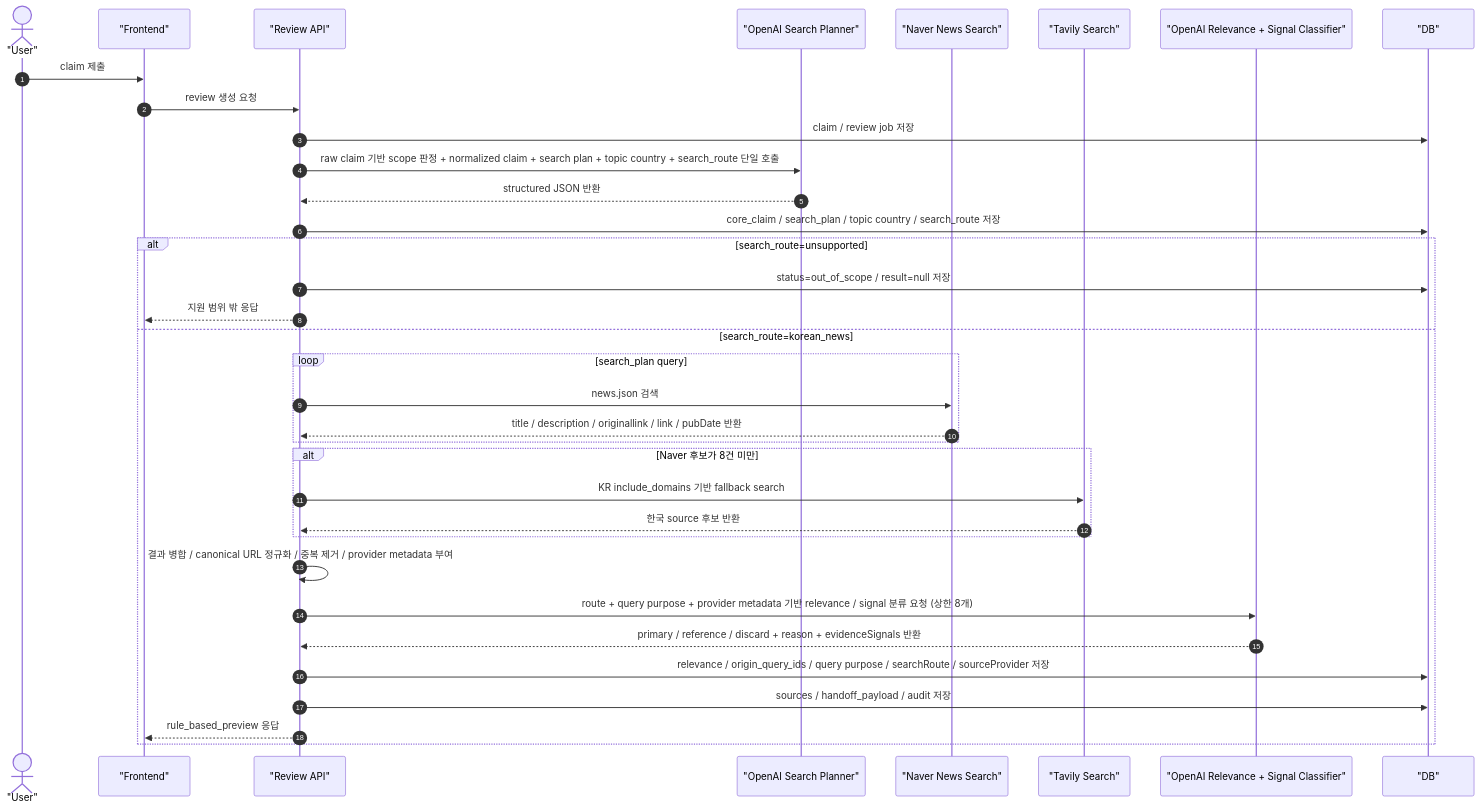
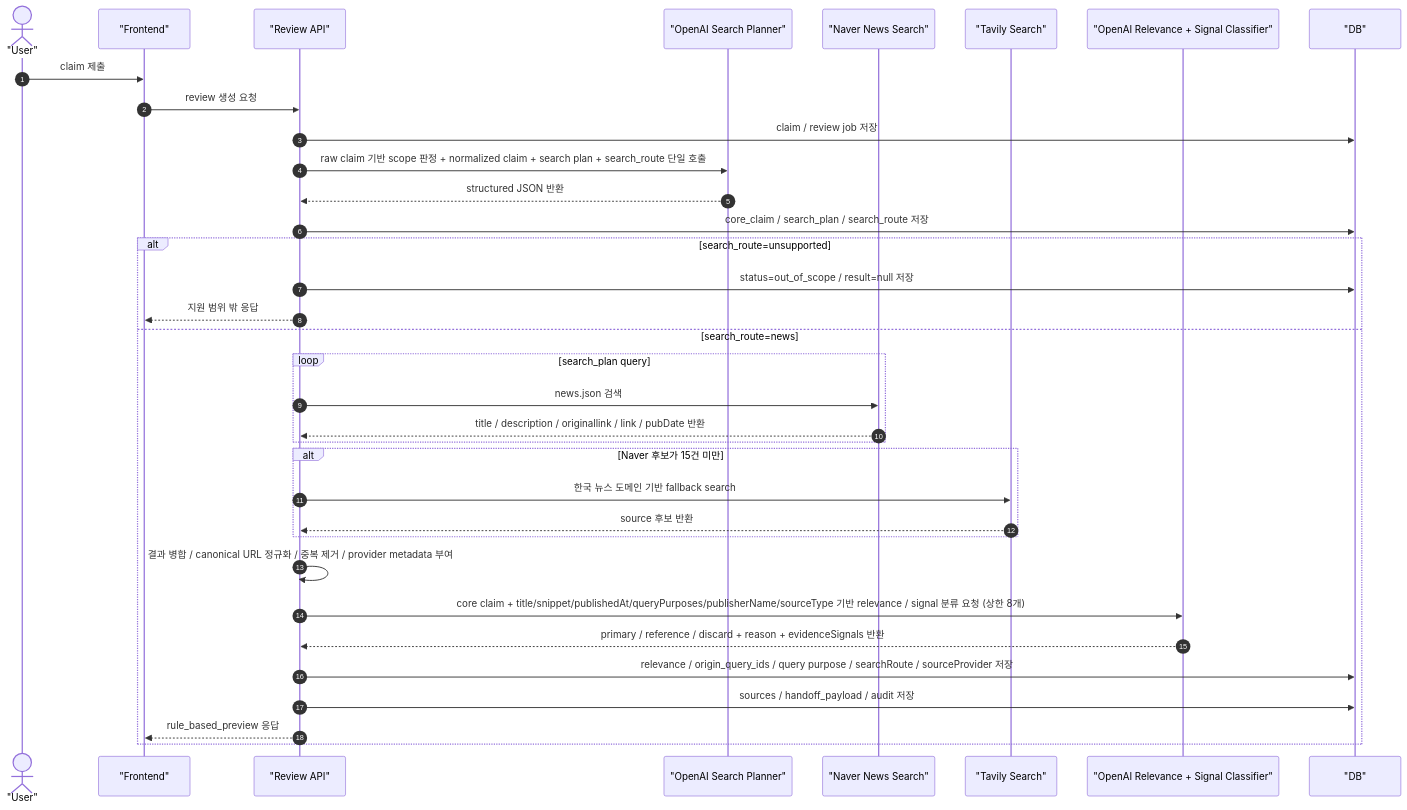
Before and after one commit to dyjeong576/varo: the first of 2 diagrams in docs/review-query-processing.md, drawn with Mermaid. The commit also changed other lines of this file and 35 other files, not shown here.

First line of the commit message:
Refactor documentation and codebase for clarity and consistency in news claim processing

````diff
--- a/docs/review-query-processing.md
+++ b/docs/review-query-processing.md
@@ -174,39 +161,39 @@
 ```mermaid
 sequenceDiagram
     autonumber
     actor User as "User"
     participant Frontend as "Frontend"
     participant ReviewAPI as "Review API"
     participant QueryPlanner as "OpenAI Search Planner"
     participant Naver as "Naver News Search"
     participant Tavily as "Tavily Search"
     participant RelevanceSignalClassifier as "OpenAI Relevance + Signal Classifier"
     participant DB as "DB"
 
     User->>Frontend: claim 제출
     Frontend->>ReviewAPI: review 생성 요청
     ReviewAPI->>DB: claim / review job 저장
-    ReviewAPI->>QueryPlanner: raw claim 기반 scope 판정 + normalized claim + search plan + topic country + search_route 단일 호출
+    ReviewAPI->>QueryPlanner: raw claim 기반 scope 판정 + normalized claim + search plan + search_route 단일 호출
     QueryPlanner-->>ReviewAPI: structured JSON 반환
-    ReviewAPI->>DB: core_claim / search_plan / topic country / search_route 저장
+    ReviewAPI->>DB: core_claim / search_plan / search_route 저장
 
     alt search_route=unsupported
         ReviewAPI->>DB: status=out_of_scope / result=null 저장
         ReviewAPI-->>Frontend: 지원 범위 밖 응답
-    else search_route=korean_news
+    else search_route=news
         loop search_plan query
             ReviewAPI->>Naver: news.json 검색
             Naver-->>ReviewAPI: title / description / originallink / link / pubDate 반환
         end
-        alt Naver 후보가 8건 미만
-            ReviewAPI->>Tavily: KR include_domains 기반 fallback search
-            Tavily-->>ReviewAPI: 한국 source 후보 반환
+        alt Naver 후보가 15건 미만
+            ReviewAPI->>Tavily: 한국 뉴스 도메인 기반 fallback search
+            Tavily-->>ReviewAPI: source 후보 반환
         end
         ReviewAPI->>ReviewAPI: 결과 병합 / canonical URL 정규화 / 중복 제거 / provider metadata 부여
-        ReviewAPI->>RelevanceSignalClassifier: route + query purpose + provider metadata 기반 relevance / signal 분류 요청 (상한 8개)
+        ReviewAPI->>RelevanceSignalClassifier: core claim + title/snippet/publishedAt/queryPurposes/publisherName/sourceType 기반 relevance / signal 분류 요청 (상한 8개)
         RelevanceSignalClassifier-->>ReviewAPI: primary / reference / discard + reason + evidenceSignals 반환
         ReviewAPI->>DB: relevance / origin_query_ids / query purpose / searchRoute / sourceProvider 저장
         ReviewAPI->>DB: sources / handoff_payload / audit 저장
         ReviewAPI-->>Frontend: rule_based_preview 응답
     end
 ```
````
